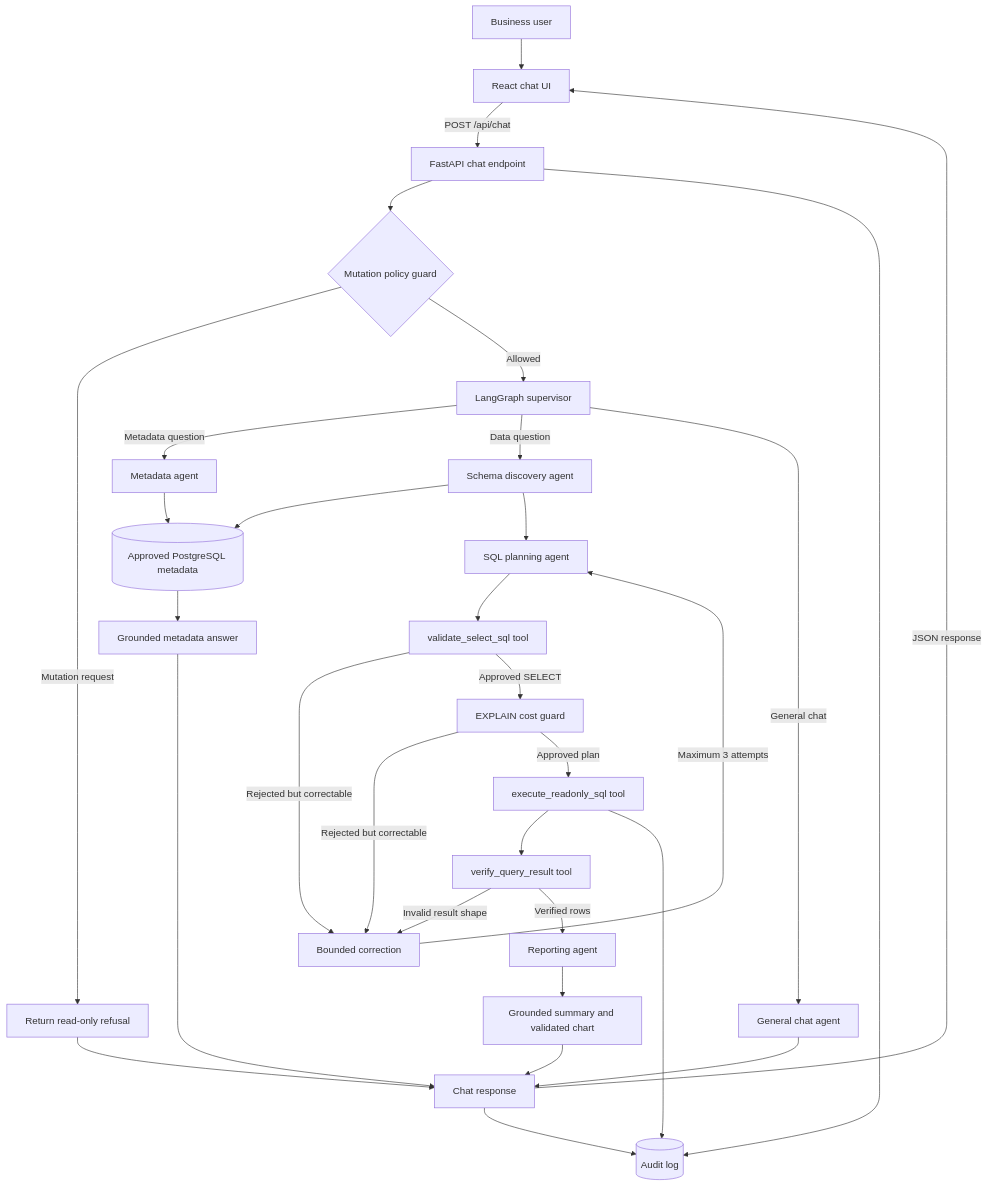
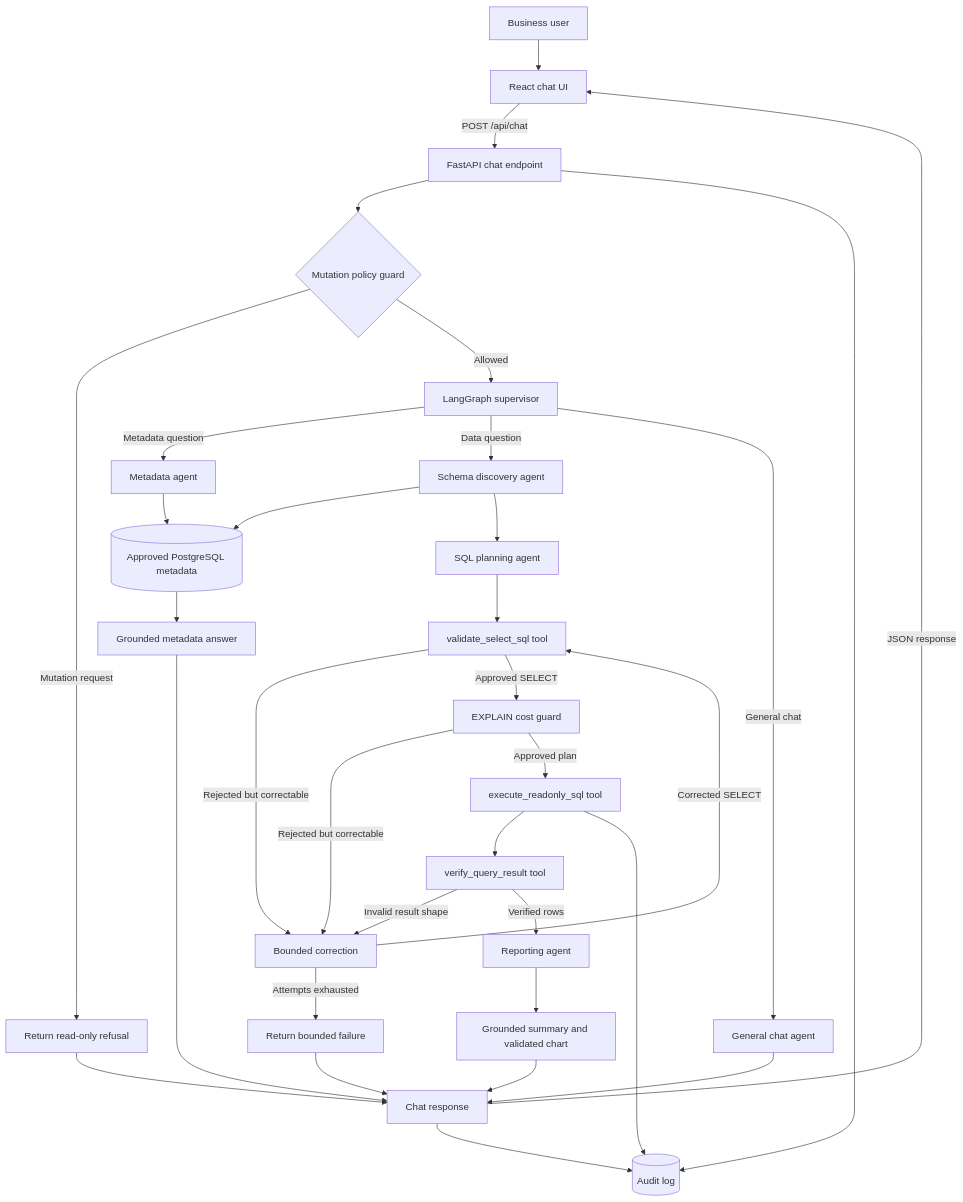
One commit to TKRowling/SQL-Generation-Agent changed the diagram in ARCHITECTURE.md. Above: the diagram before and after it, drawn with Mermaid. The commit also changed other lines of this file and 2 other files, not shown here.

Commit message:
update the documentory

````diff
--- a/ARCHITECTURE.md
+++ b/ARCHITECTURE.md
@@ -33,39 +33,41 @@
 ```mermaid
 flowchart TD
     U[Business user] --> UI[React chat UI]
     UI -->|POST /api/chat| API[FastAPI chat endpoint]
 
     API --> SAFE{Mutation policy guard}
     SAFE -->|Mutation request| BLOCK[Return read-only refusal]
     SAFE -->|Allowed| SUP[LangGraph supervisor]
     SUP -->|Metadata question| META[Metadata agent]
     SUP -->|Data question| RETRIEVE[Schema discovery agent]
     SUP -->|General chat| CHAT[General chat agent]
 
     META --> CATALOG[(Approved PostgreSQL metadata)]
     CATALOG --> METAANSWER[Grounded metadata answer]
 
     RETRIEVE --> CATALOG
     RETRIEVE --> PLAN[SQL planning agent]
     PLAN --> AST[validate_select_sql tool]
     AST -->|Rejected but correctable| RETRY[Bounded correction]
     AST -->|Approved SELECT| COST[EXPLAIN cost guard]
     COST -->|Rejected but correctable| RETRY
-    RETRY -->|Maximum 3 attempts| PLAN
+    RETRY -->|Corrected SELECT| AST
+    RETRY -->|Attempts exhausted| FAIL[Return bounded failure]
 
     COST -->|Approved plan| EXEC[execute_readonly_sql tool]
     EXEC --> VERIFY[verify_query_result tool]
     VERIFY -->|Invalid result shape| RETRY
     VERIFY -->|Verified rows| REPORT[Reporting agent]
     REPORT --> SUMMARY[Grounded summary and validated chart]
 
     BLOCK --> RESPONSE[Chat response]
     METAANSWER --> RESPONSE
     SUMMARY --> RESPONSE
     CHAT --> RESPONSE
+    FAIL --> RESPONSE
     RESPONSE -->|JSON response| UI
 
     API --> AUDIT[(Audit log)]
     EXEC --> AUDIT
     RESPONSE --> AUDIT
 ```
````
